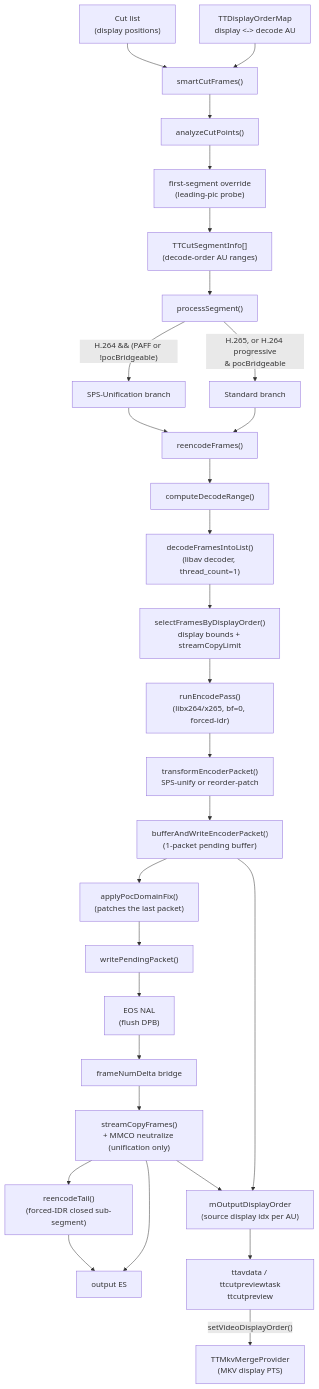
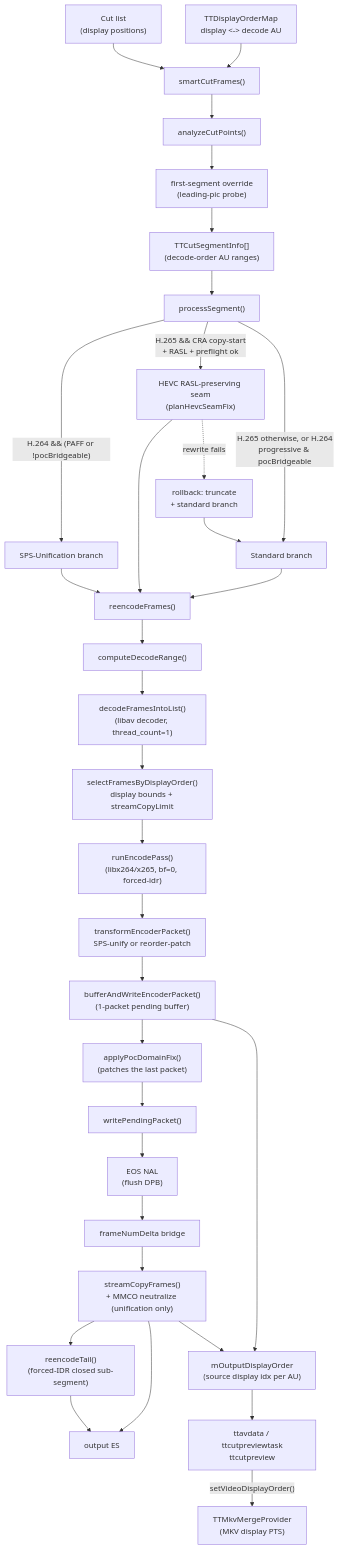
One commit to MINIXJR/TTCut-ng changed the diagram in docs/code-map/smart-cut.md. Above: the diagram before and after it, drawn with Mermaid. The commit also changed other lines of this file and 3 other files, not shown here.

Commit message:
hevc-seam: document RASL-preserving seam (code-map, changelog)

````diff
--- a/docs/code-map/smart-cut.md
+++ b/docs/code-map/smart-cut.md
@@ -38,36 +38,40 @@
 ```mermaid
 flowchart TD
     UI["Cut list<br/>(display positions)"] --> SCF["smartCutFrames()"]
     DOM["TTDisplayOrderMap<br/>display &lt;-&gt; decode AU"] --> SCF
     SCF --> ACP["analyzeCutPoints()"]
     ACP --> OVR["first-segment override<br/>(leading-pic probe)"]
     OVR --> SEG["TTCutSegmentInfo[]<br/>(decode-order AU ranges)"]
     SEG --> PS["processSegment()"]
 
     PS -->|"H.264 &amp;&amp; (PAFF or !pocBridgeable)"| UNI["SPS-Unification branch"]
-    PS -->|"H.265, or H.264 progressive<br/>&amp; pocBridgeable"| STD["Standard branch"]
+    PS -->|"H.265 &amp;&amp; CRA copy-start<br/>+ RASL + preflight ok"| HSF["HEVC RASL-preserving seam<br/>(planHevcSeamFix)"]
+    PS -->|"H.265 otherwise, or H.264<br/>progressive &amp; pocBridgeable"| STD["Standard branch"]
 
     UNI --> RE["reencodeFrames()"]
     STD --> RE
+    HSF --> RE
+    HSF -.->|"rewrite fails"| RB["rollback: truncate<br/>+ standard branch"]
+    RB --> STD
 
     RE --> CDR["computeDecodeRange()"]
     CDR --> DEC["decodeFramesIntoList()<br/>(libav decoder, thread_count=1)"]
     DEC --> SEL["selectFramesByDisplayOrder()<br/>display bounds + streamCopyLimit"]
     SEL --> ENC["runEncodePass()<br/>(libx264/x265, bf=0, forced-idr)"]
     ENC --> TEP["transformEncoderPacket()<br/>SPS-unify or reorder-patch"]
     TEP --> BUF["bufferAndWriteEncoderPacket()<br/>(1-packet pending buffer)"]
     BUF --> PDF["applyPocDomainFix()<br/>(patches the last packet)"]
     PDF --> WPP["writePendingPacket()"]
 
     WPP --> EOS["EOS NAL<br/>(flush DPB)"]
     EOS --> FND["frameNumDelta bridge"]
     FND --> SC["streamCopyFrames()<br/>+ MMCO neutralize (unification only)"]
     SC --> TAIL["reencodeTail()<br/>(forced-IDR closed sub-segment)"]
 
     SC --> OUT["output ES"]
     TAIL --> OUT
     BUF --> ODO["mOutputDisplayOrder<br/>(source display idx per AU)"]
     SC --> ODO
     ODO --> CONS["ttavdata / ttcutpreviewtask<br/>ttcutpreview"]
     CONS -->|"setVideoDisplayOrder()"| MKV["TTMkvMergeProvider<br/>(MKV display PTS)"]
 ```
````
